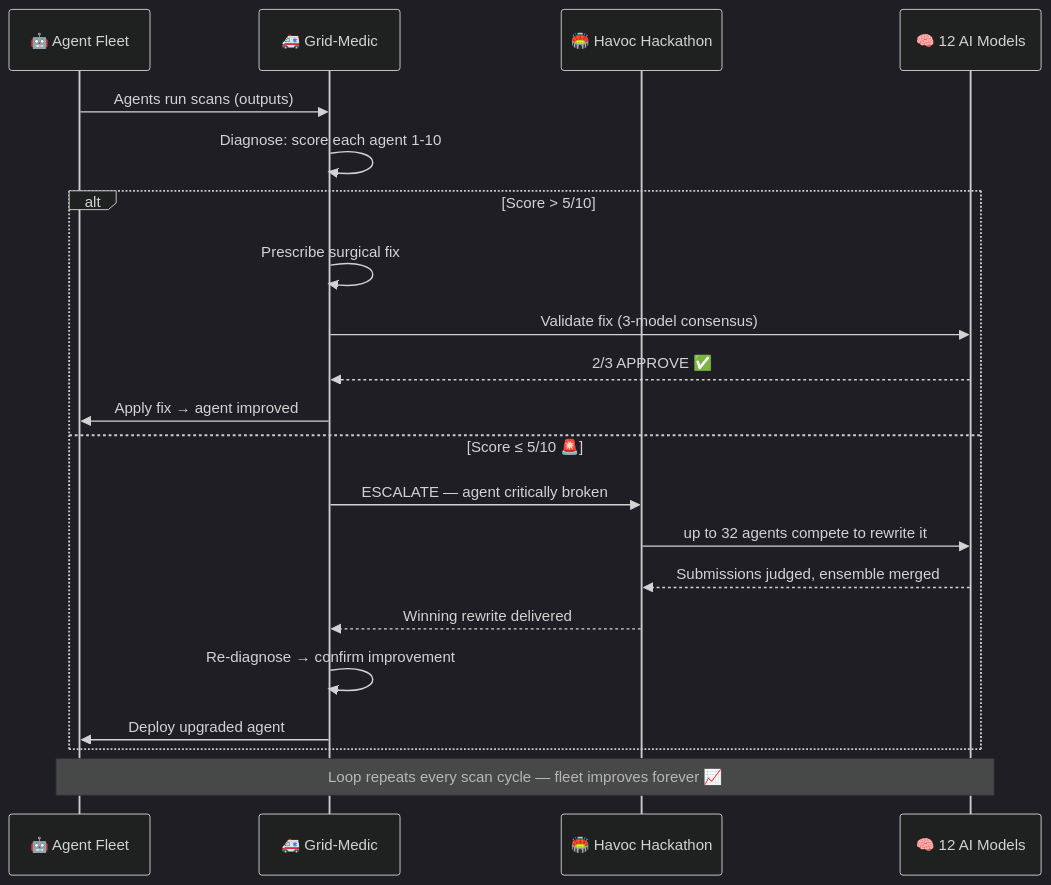
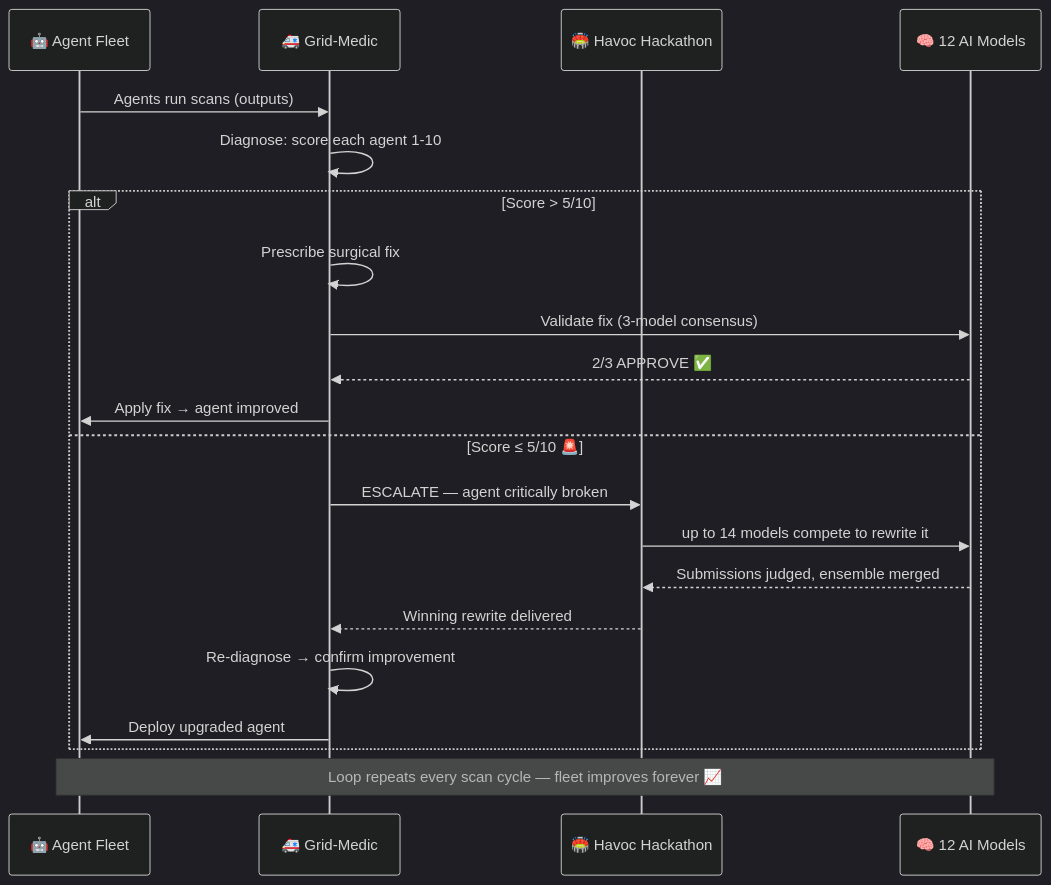
One commit to DUBSOpenHub/havoc-hackathon changed the fourth of 5 diagrams in docs/GRID-MEDIC-ARCHITECTURE.md. Above: the diagram before and after it, drawn with Mermaid (dark theme). The commit also changed other lines of this file and 1 other file, not shown here.

````diff
--- a/docs/GRID-MEDIC-ARCHITECTURE.md
+++ b/docs/GRID-MEDIC-ARCHITECTURE.md
@@ -122,26 +122,26 @@
 ```mermaid
 sequenceDiagram
     participant Fleet as 🤖 Agent Fleet
     participant Medic as 🚑 Grid-Medic
     participant Arena as 🏟️ Havoc Hackathon
     participant Models as 🧠 12 AI Models
 
     Fleet->>Medic: Agents run scans (outputs)
     Medic->>Medic: Diagnose: score each agent 1-10
 
     alt Score > 5/10
         Medic->>Medic: Prescribe surgical fix
         Medic->>Models: Validate fix (3-model consensus)
         Models-->>Medic: 2/3 APPROVE ✅
         Medic->>Fleet: Apply fix → agent improved
     else Score ≤ 5/10 🚨
         Medic->>Arena: ESCALATE — agent critically broken
-        Arena->>Models: up to 32 agents compete to rewrite it
+        Arena->>Models: up to 14 models compete to rewrite it
         Models-->>Arena: Submissions judged, ensemble merged
         Arena-->>Medic: Winning rewrite delivered
         Medic->>Medic: Re-diagnose → confirm improvement
         Medic->>Fleet: Deploy upgraded agent
     end
 
     Note over Fleet,Models: Loop repeats every scan cycle — fleet improves forever 📈
 ```
````
